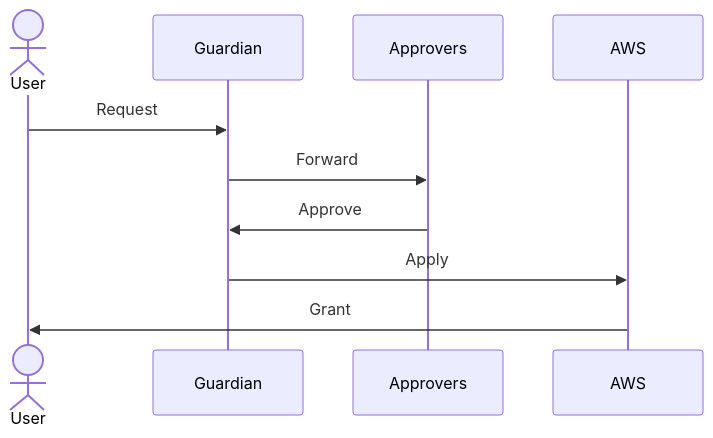
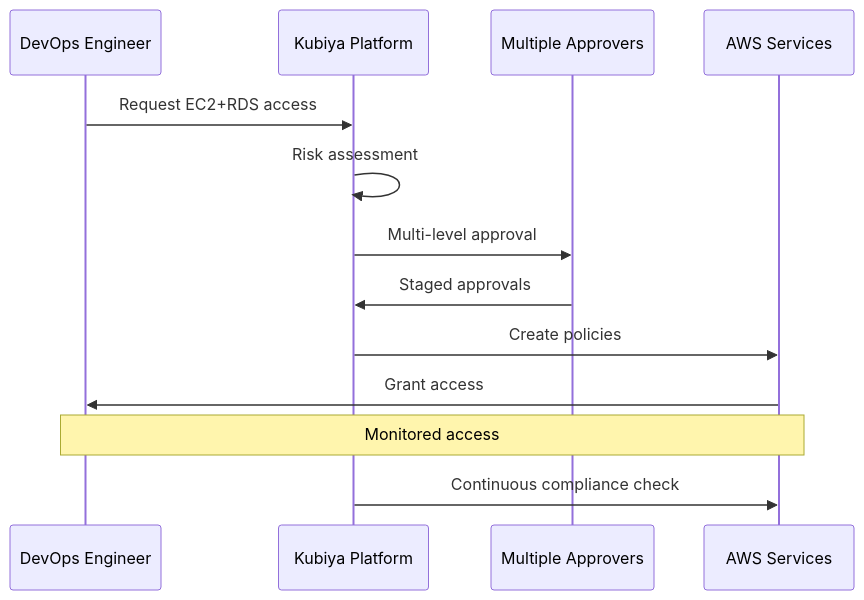
Before and after one commit to kubiyabot/terraform-modules: the fifth of 5 diagrams in jit-permissions-guardians/terraform/README.md, drawn with Mermaid. The commit also changed other lines of this file, not shown here.

````diff
--- a/jit-permissions-guardians/terraform/README.md
+++ b/jit-permissions-guardians/terraform/README.md
@@ -71,13 +226,16 @@
 ```mermaid
 sequenceDiagram
-    actor User
-    participant Guardian
-    participant Approvers
-    participant AWS
-
-    User->>Guardian: Request
-    Guardian->>Approvers: Forward
-    Approvers->>Guardian: Approve
-    Guardian->>AWS: Apply
-    AWS->>User: Grant
+    participant DevOps as DevOps Engineer
+    participant Kubiya as Kubiya Platform
+    participant Approvers as Multiple Approvers
+    participant AWS as AWS Services
+    
+    DevOps->>Kubiya: Request EC2+RDS access
+    Kubiya->>Kubiya: Risk assessment
+    Kubiya->>Approvers: Multi-level approval
+    Approvers->>Kubiya: Staged approvals
+    Kubiya->>AWS: Create policies
+    AWS->>DevOps: Grant access
+    Note over DevOps,AWS: Monitored access
+    Kubiya->>AWS: Continuous compliance check
 ```
````
